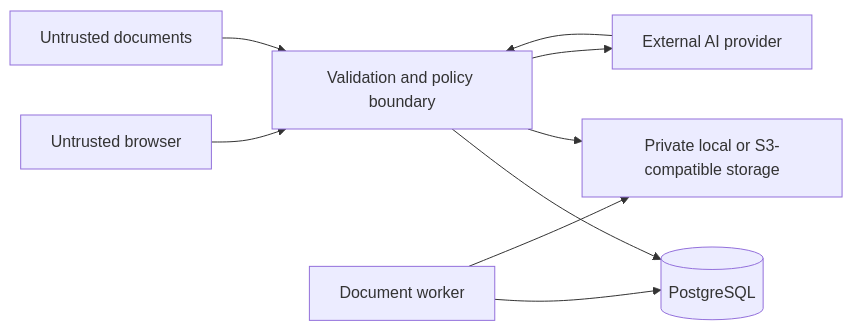
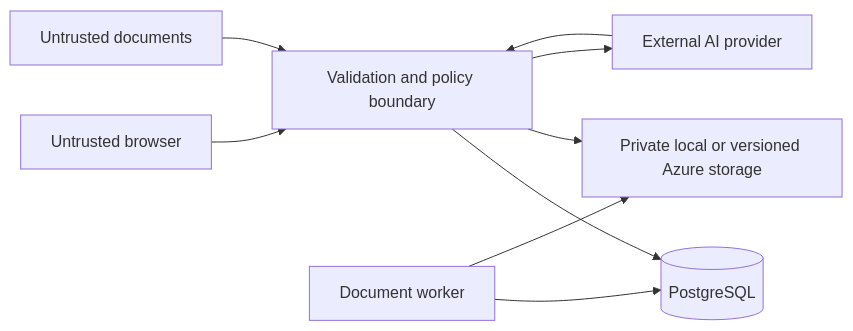
The diagram in docs/SECURITY_MODEL.md (hawkelement333-glitch/opencanvas-ai), drawn with Mermaid before and after one commit. The commit also changed other lines of this file and 48 other files, not shown here.

````diff
--- a/docs/SECURITY_MODEL.md
+++ b/docs/SECURITY_MODEL.md
@@ -23,11 +23,11 @@
 ```mermaid
 flowchart LR
     Browser["Untrusted browser"] --> API["Validation and policy boundary"]
     Upload["Untrusted documents"] --> API
     API --> DB[("PostgreSQL")]
-    API --> Files["Private local or S3-compatible storage"]
+    API --> Files["Private local or versioned Azure storage"]
     Worker["Document worker"] --> DB
     Worker --> Files
     API --> Provider["External AI provider"]
     Provider --> API
 ```
````
